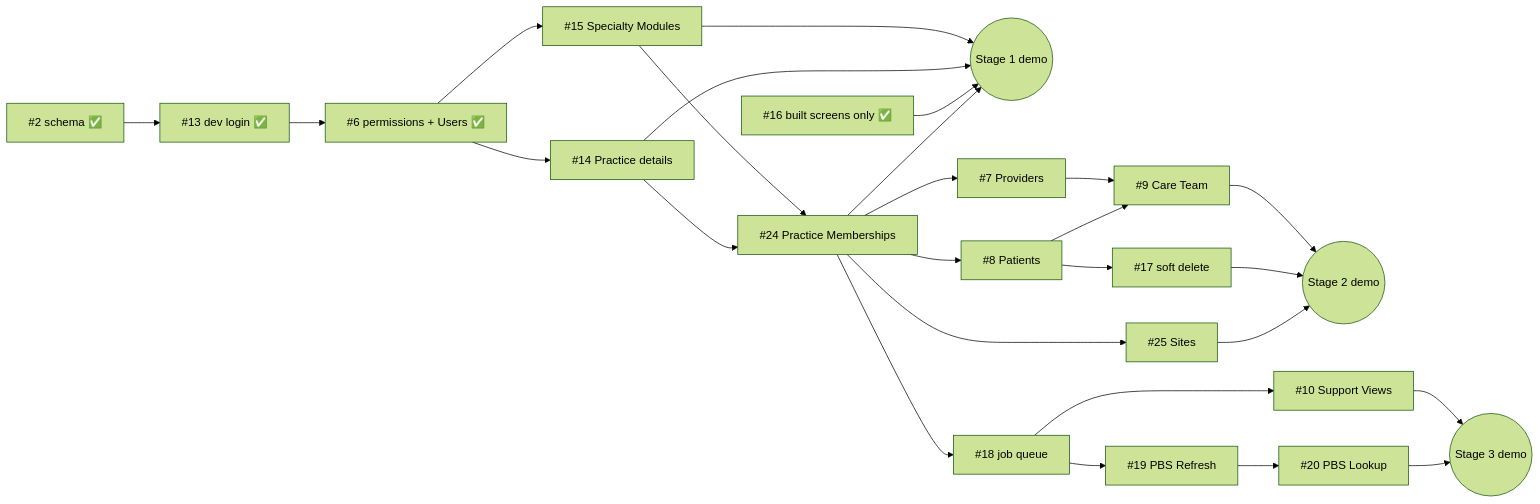
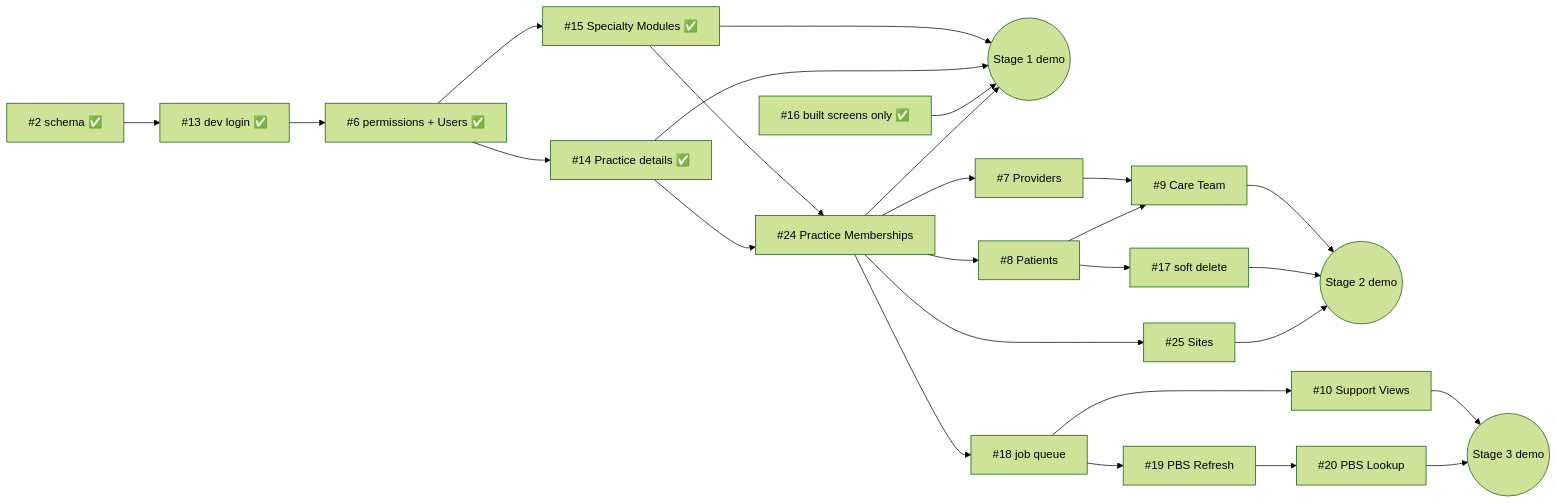
Before and after one commit to kl-a/vigil_care: the diagram in docs/build-order.md, drawn with Mermaid (forest theme). The commit also changed other lines of this file and 41 other files, not shown here.

````diff
--- a/docs/build-order.md
+++ b/docs/build-order.md
@@ -86,24 +86,24 @@
 ```mermaid
 flowchart LR
     T2[#2 schema ✅] --> T13[#13 dev login ✅]
     T13 --> T6[#6 permissions + Users ✅]
-    T6 --> T14[#14 Practice details]
-    T6 --> T15[#15 Specialty Modules]
+    T6 --> T14[#14 Practice details ✅]
+    T6 --> T15[#15 Specialty Modules ✅]
     T14 --> T24[#24 Practice Memberships]
     T15 --> T24
     T24 --> S1
     T16[#16 built screens only ✅] --> S1((Stage 1 demo))
     T14 --> S1
     T15 --> S1
     T24 --> T8[#8 Patients] --> T17[#17 soft delete]
     T24 --> T7[#7 Providers]
     T24 --> T25[#25 Sites] --> S2
     T8 --> T9[#9 Care Team]
     T7 --> T9
     T17 --> S2((Stage 2 demo))
     T9 --> S2
     T24 --> T18[#18 job queue] --> T19[#19 PBS Refresh] --> T20[#20 PBS Lookup]
     T18 --> T10[#10 Support Views]
     T20 --> S3((Stage 3 demo))
     T10 --> S3
 ```
````
